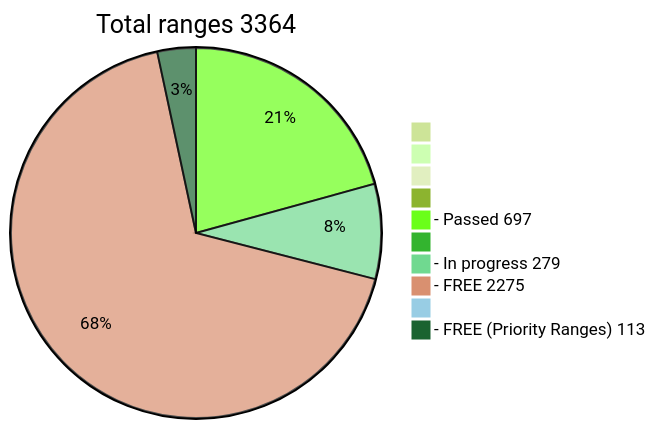
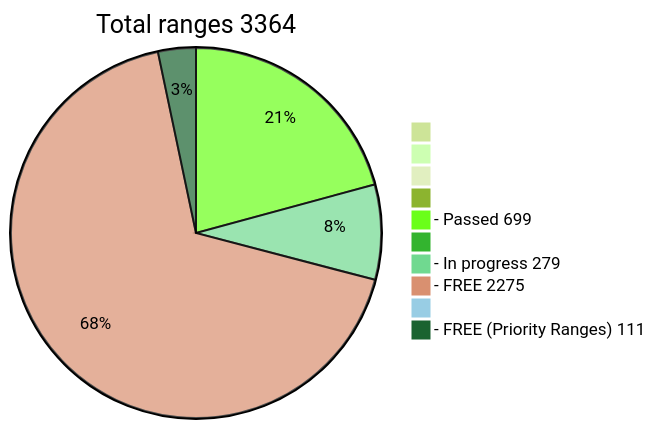
One commit to phrutis/wif500 changed the diagram in README.md. Above: the diagram before and after it, drawn with Mermaid (forest theme).

````diff
--- a/README.md
+++ b/README.md
@@ -16,13 +16,13 @@
 ```mermaid
 pie title Total ranges 3364
              " " : 0
             "  " : 0
            "   " : 0
           "    " : 0
-  "- Passed 697" : 697
+  "- Passed 699" : 699
          "     " : 0
   "- In progress 279" : 279
    "- FREE 2275" : 2275
         "      " : 0
-  "- FREE (Priority Ranges) 113" : 113
+  "- FREE (Priority Ranges) 111" : 111
 ```
````
